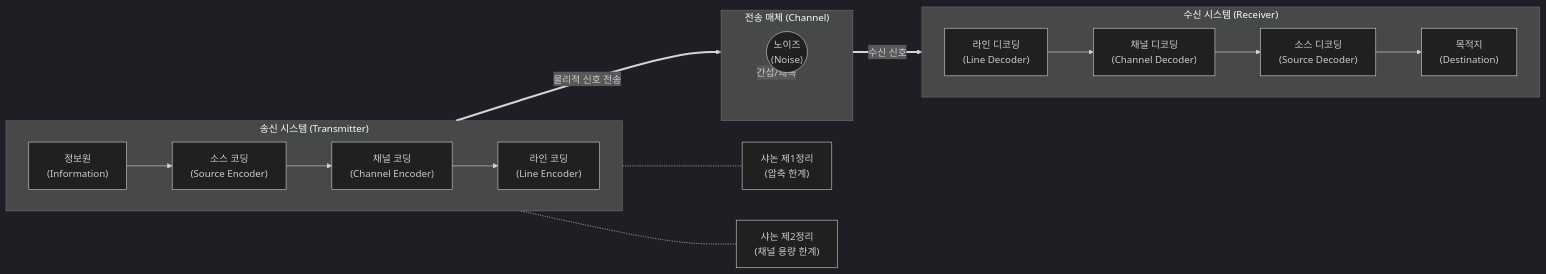
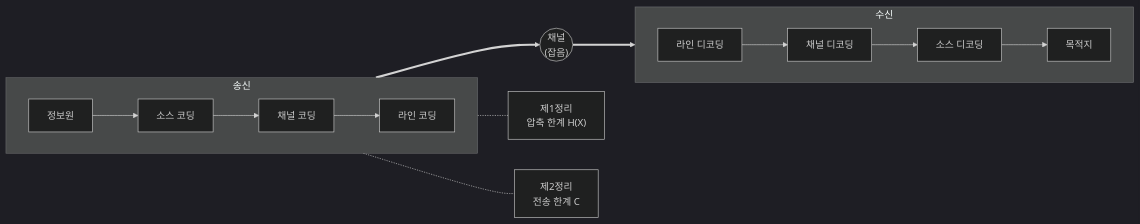
The diagram in content/01_IT Tech/소스코딩, 채널코딩, 라인코딩 샤논 정리.md (supremethumb/supremethumb.github.io), drawn with Mermaid (dark theme) before and after one commit. The commit also changed other lines of this file and 1087 other files, not shown here.

````diff
--- a/content/01_IT Tech/소스코딩, 채널코딩, 라인코딩 샤논 정리.md
+++ b/content/01_IT Tech/소스코딩, 채널코딩, 라인코딩 샤논 정리.md
@@ -30,39 +38,15 @@
 ```mermaid
 flowchart LR
-    subgraph 송신부 ["송신 시스템 (Transmitter)"]
+    subgraph TX["송신"]
         direction LR
-        INFO["정보원<br/>(Information)"]
-        SRC_ENC["소스 코딩<br/>(Source Encoder)"]
-        CH_ENC["채널 코딩<br/>(Channel Encoder)"]
-        LN_ENC["라인 코딩<br/>(Line Encoder)"]
-        
-        INFO --> SRC_ENC
-        SRC_ENC --> CH_ENC
-        CH_ENC --> LN_ENC
+        I["정보원"] --> SE["소스 코딩"] --> CE["채널 코딩"] --> LE["라인 코딩"]
     end
-    
-    subgraph 채널 ["전송 매체 (Channel)"]
-        NOISE(("노이즈<br/>(Noise)"))
+    CH(("채널<br/>(잡음)"))
+    subgraph RX["수신"]
+        direction LR
+        LD["라인 디코딩"] --> CD["채널 디코딩"] --> SD["소스 디코딩"] --> D["목적지"]
     end
-
-    subgraph 수신부 ["수신 시스템 (Receiver)"]
-        direction LR
-        LN_DEC["라인 디코딩<br/>(Line Decoder)"]
-        CH_DEC["채널 디코딩<br/>(Channel Decoder)"]
-        SRC_DEC["소스 디코딩<br/>(Source Decoder)"]
-        DEST["목적지<br/>(Destination)"]
-        
-        LN_DEC --> CH_DEC
-        CH_DEC --> SRC_DEC
-        SRC_DEC --> DEST
-    end
-
-    LN_ENC == "물리적 신호 전송" ==> 채널
-    NOISE -. "간섭/왜곡" .-> 채널
-    채널 == "수신 신호" ==> LN_DEC
-    
-    %% 주석 및 정리 매핑
-    SRC_ENC -.- S1["샤논 제1정리<br/>(압축 한계)"]
-    CH_ENC -.- S2["샤논 제2정리<br/>(채널 용량 한계)"]
-
+    LE ==> CH ==> LD
+    SE -.- T1["제1정리<br/>압축 한계 H(X)"]
+    CE -.- T2["제2정리<br/>전송 한계 C"]
 ```
````
